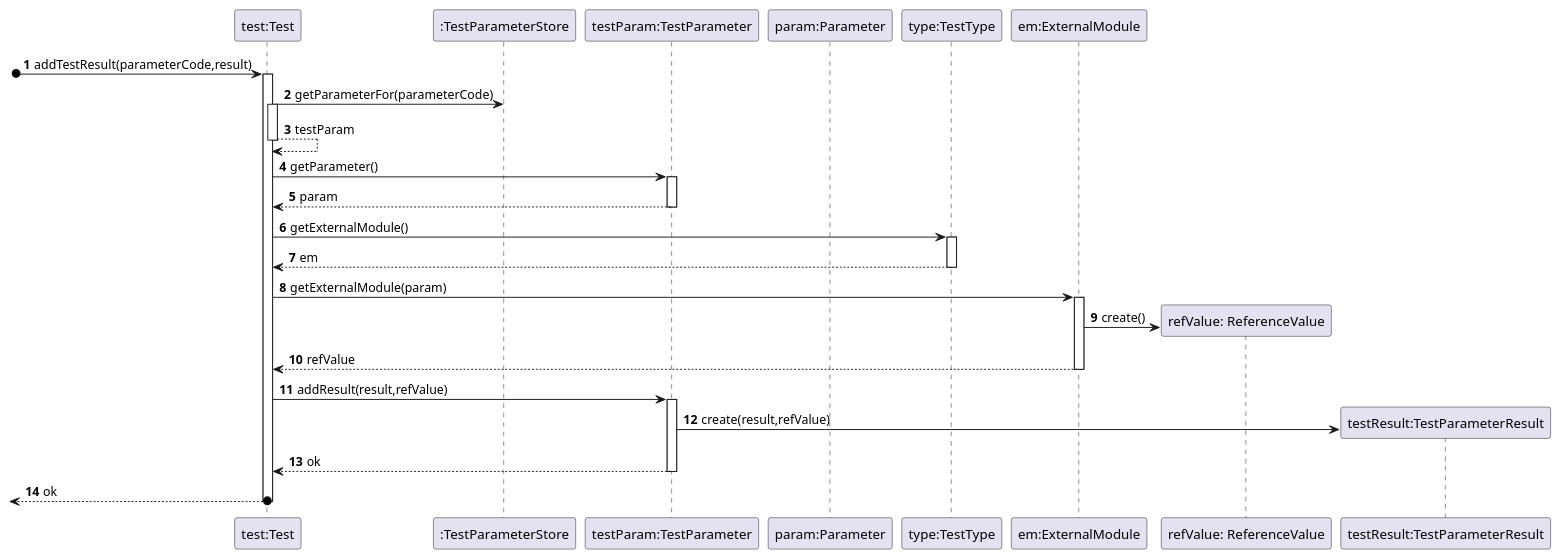
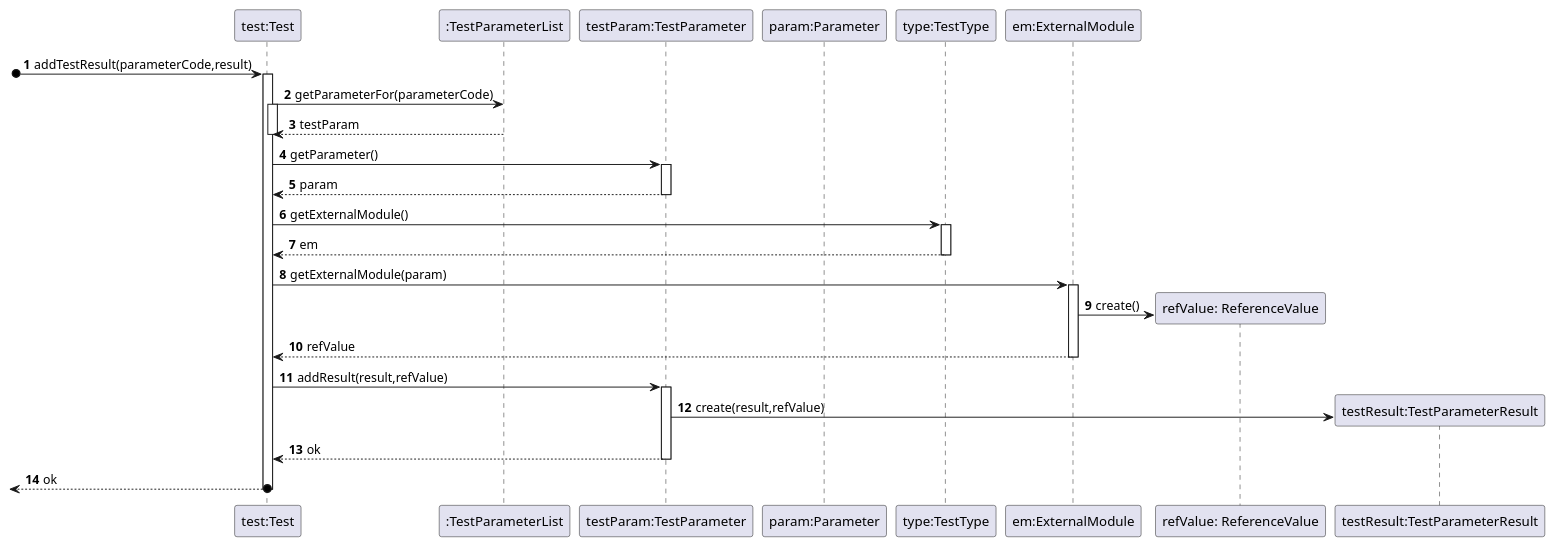
One commit to MarianaCLages/LAPR2 changed the diagram in docs/SprintC/US12/SD_AddTestResult(parameterCode,result,metric).puml. Above: the diagram before and after it, drawn with PlantUML. The commit also changed 23 other files, not shown here.

Commit message:
correction the US5 + changes in US12/US4 diagrams

```diff
--- a/docs/SprintC/US12/SD_AddTestResult(parameterCode,result,metric).puml
+++ b/docs/SprintC/US12/SD_AddTestResult(parameterCode,result,metric).puml
@@ -1,43 +1,44 @@
 @startuml
 'https://plantuml.com/sequence-diagram
 
 autonumber
 participant "test:Test" as Test
-participant ":TestParameterStore" as tpStore
+participant ":TestParameterList" as tpStore
 participant "testParam:TestParameter" as TestPa
 participant "param:Parameter" as Param
 participant "type:TestType" as TestTy
 participant "em:ExternalModule" as ExMod
 participant "refValue: ReferenceValue" as RefVal
 participant "testResult:TestParameterResult" as TestParamRes
 
 [o-> Test: addTestResult(parameterCode,result)
+
 activate Test
 Test -> tpStore: getParameterFor(parameterCode)
 activate Test
-Test --> Test: testParam
+tpStore --> Test: testParam
 deactivate Test
 
 Test -> TestPa: getParameter()
 activate TestPa
 TestPa --> Test: param
 deactivate
 
 Test -> TestTy: getExternalModule()
 activate TestTy
 TestTy --> Test: em
 deactivate
 
 Test -> ExMod: getExternalModule(param)
 activate ExMod
 ExMod -> RefVal**: create()
 ExMod --> Test: refValue
 deactivate
 
 Test -> TestPa: addResult(result,refValue)
 activate TestPa
 TestPa -> TestParamRes**: create(result,refValue)
 return ok
 return ok
 
 @enduml
```
